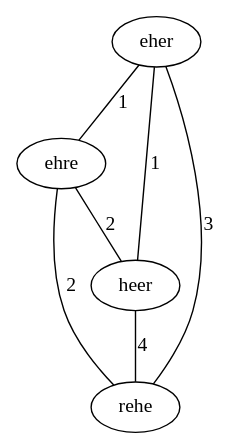
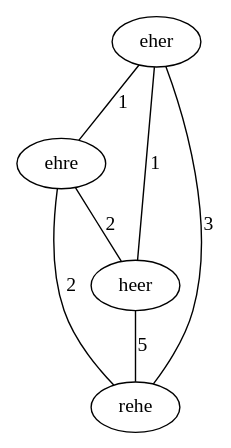
One commit to increpare/Galaktisches_Etymologieforschungsinstitut changed the diagram in output/dot/DE_eher.dot. Above: the diagram before and after it, drawn with Graphviz. The commit also changed 47 other files, not shown here.

```diff
--- a/output/dot/DE_eher.dot
+++ b/output/dot/DE_eher.dot
@@ -1,8 +1,8 @@
 graph {
 	eher -- ehre [ label="1" ];
 	eher -- heer [ label="1" ];
 	eher -- rehe [ label="3" ];
 	ehre -- heer [ label="2" ];
 	ehre -- rehe [ label="2" ];
-	heer -- rehe [ label="4" ];
+	heer -- rehe [ label="5" ];
 }
```
